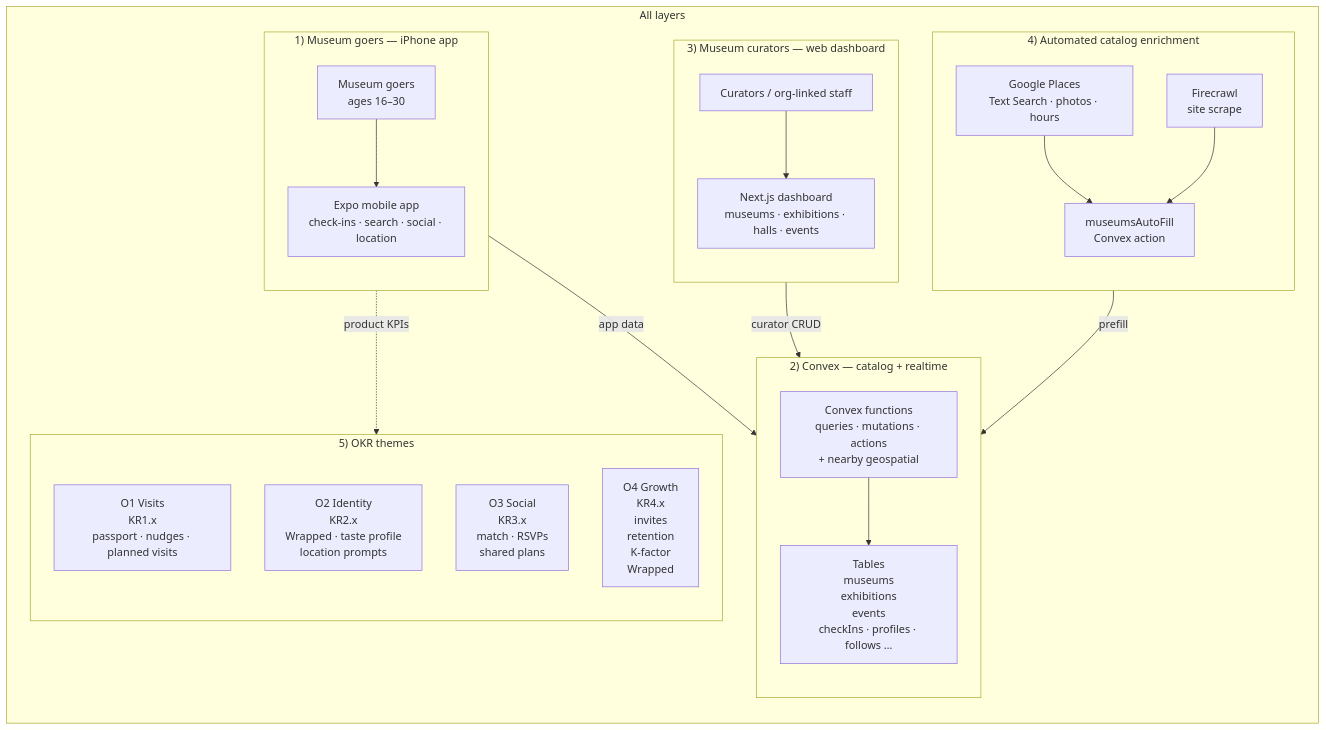
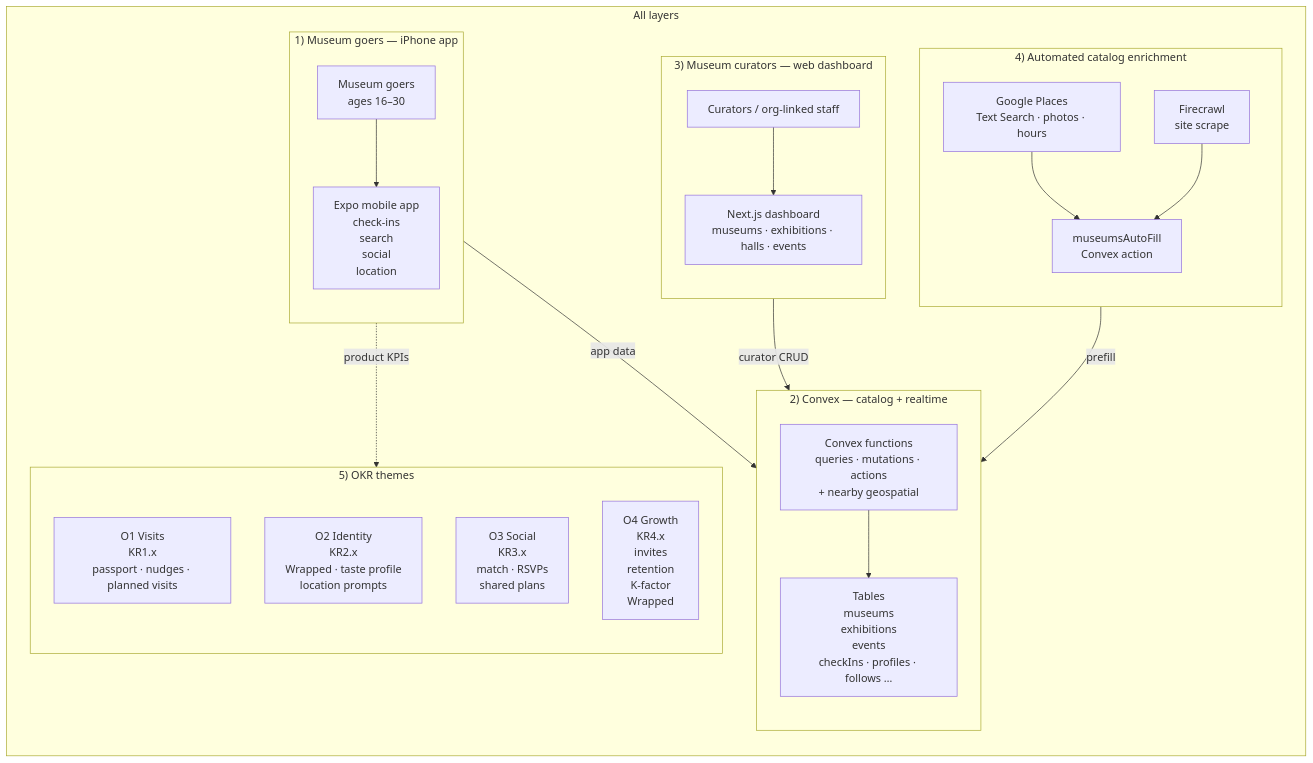
One commit to cs210/AAM-1 changed the first of 2 diagrams in README.md. Above: the diagram before and after it, drawn with Mermaid.

Commit message:
fix text getting cut off

````diff
--- a/README.md
+++ b/README.md
@@ -20,48 +20,48 @@
 ```mermaid
 flowchart TB
   subgraph arch["All layers"]
     direction TB
     subgraph goers["1) Museum goers — iPhone app"]
       direction TB
       MG["Museum goers<br/>ages 16–30"]
-      IOS["Expo mobile app<br/>check-ins · search · social · location"]
+      IOS["Expo mobile app<br/>check-ins<br/>search<br/>social<br/>location"]
       MG --> IOS
     end
 
     subgraph convex["2) Convex — catalog + realtime"]
       direction TB
       FN["Convex functions<br/>queries · mutations · actions<br/>+ nearby geospatial"]
       CAT["Tables<br/>museums<br/>exhibitions<br/>events<br/>checkIns · profiles · follows …"]
       FN --> CAT
     end
 
     subgraph curators["3) Museum curators — web dashboard"]
       direction TB
       CUR["Curators / org-linked staff"]
       WEB["Next.js dashboard<br/>museums · exhibitions · halls · events"]
       CUR --> WEB
     end
 
     subgraph ai["4) Automated catalog enrichment"]
       direction TB
       PLACES["Google Places<br/>Text Search · photos · hours"]
       FC["Firecrawl<br/>site scrape"]
       AUTO["museumsAutoFill<br/>Convex action"]
       PLACES --> AUTO
       FC --> AUTO
     end
 
     subgraph okr["5) OKR themes"]
       direction TB
       O1["O1 Visits<br/>KR1.x<br/>passport · nudges · planned visits"]
       O2["O2 Identity<br/>KR2.x<br/>Wrapped · taste profile<br/>location prompts"]
       O3["O3 Social<br/>KR3.x<br/>match · RSVPs<br/>shared plans"]
       O4["O4 Growth<br/>KR4.x<br/>invites<br/>retention<br/>K-factor<br/>Wrapped"]
     end
   end
 
   IOS -->|"app data"| FN
   WEB -->|"curator CRUD"| FN
   AUTO -->|"prefill"| FN
   IOS -.->|"product KPIs"| okr
 ```
````
